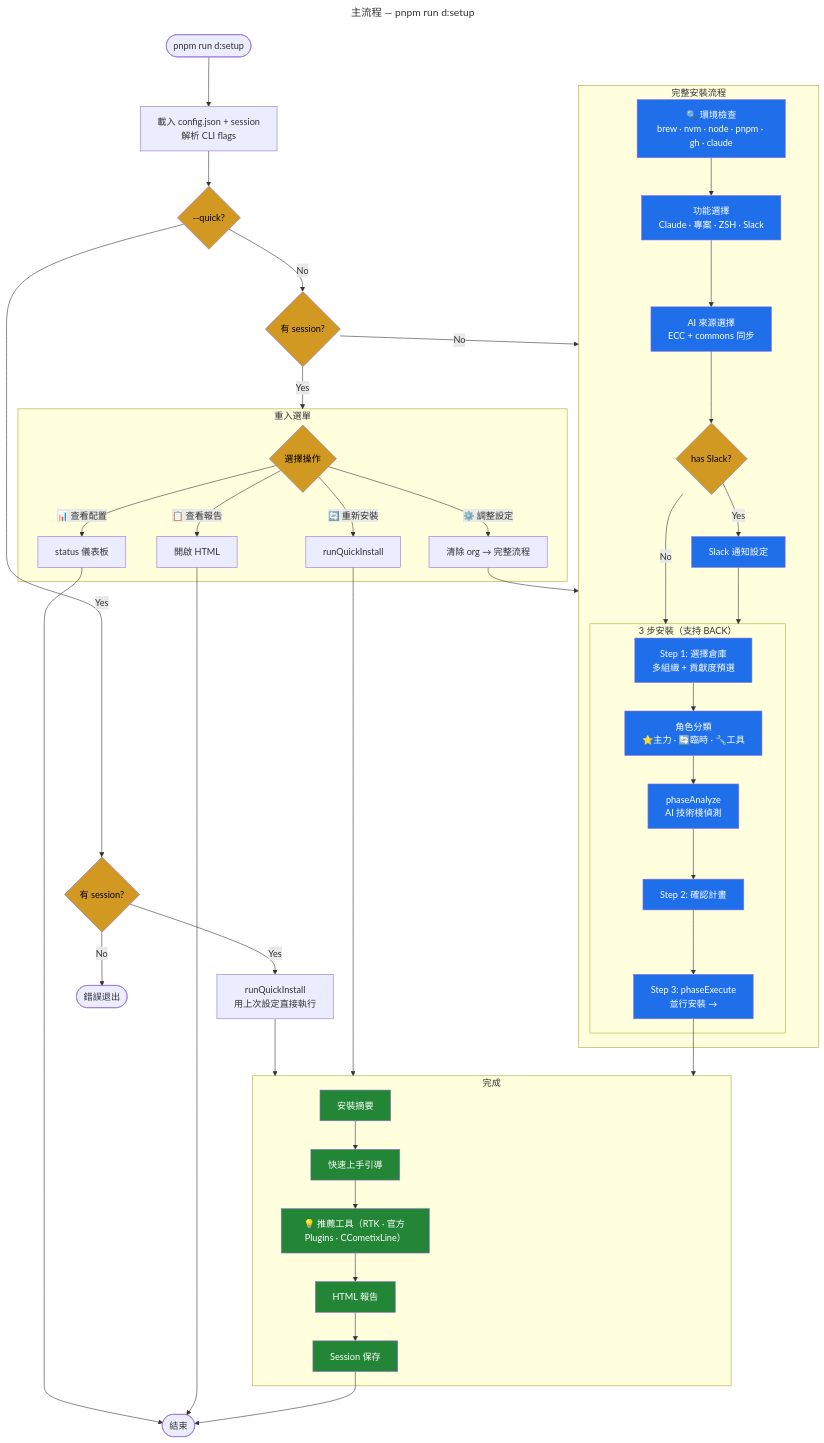
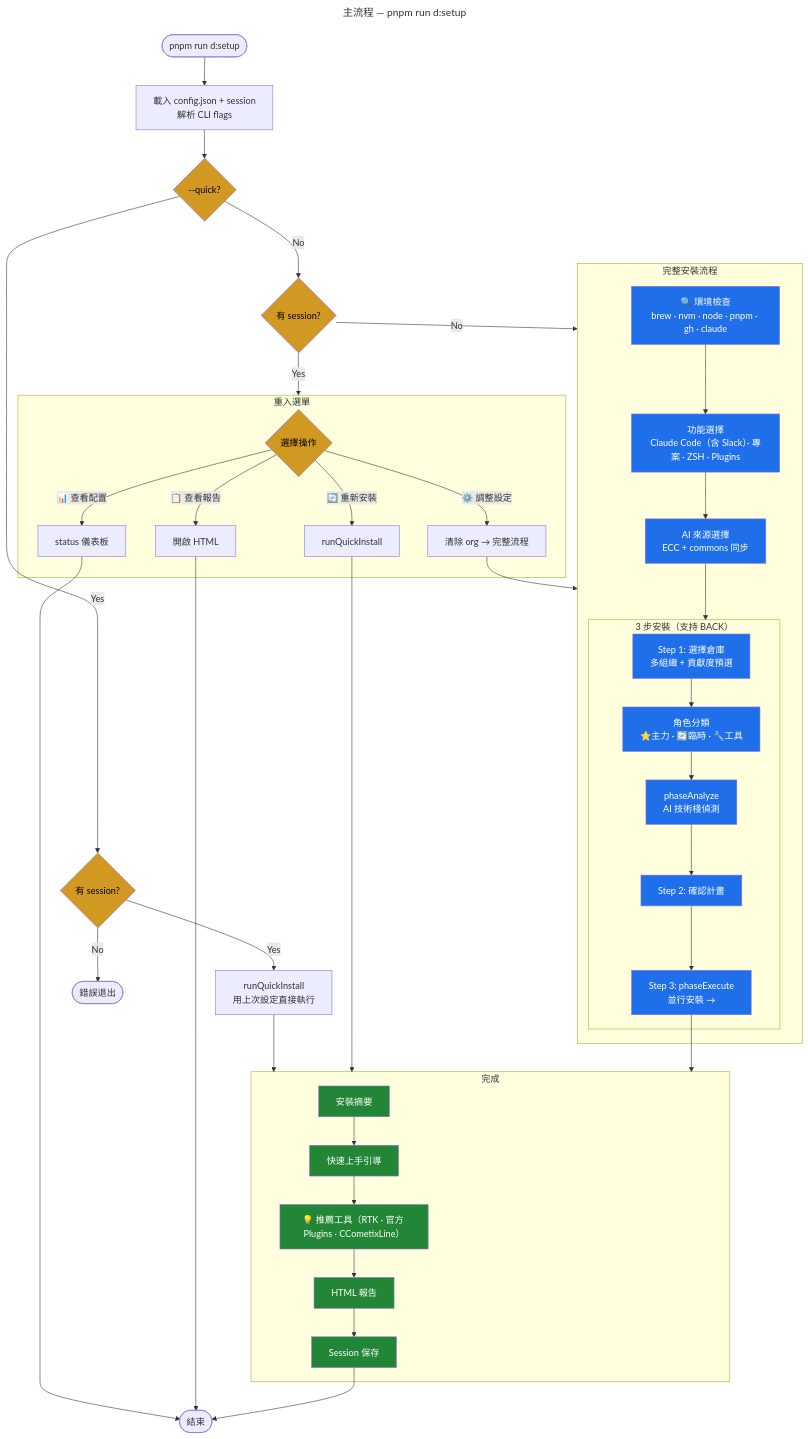
Before and after one commit to AlvinBian/ab-tao: the diagram in apps/dotfiles/docs/flows/setup-main.mmd, drawn with Mermaid. The commit also changed 2 other files, not shown here.

Commit message:
docs(dotfiles): 更新 feature-map / setup-main / phase-execute 流程圖
- feature-map：移除獨立 Slack 子圖，合併為 Claude Code 的可略過子步驟
- setup-main：移除 has Slack? 分支節點，更新功能選擇說明
- phase-execute：移除 ab-slack-message.plugin，更新全局配置描述

```diff
--- a/apps/dotfiles/docs/flows/setup-main.mmd
+++ b/apps/dotfiles/docs/flows/setup-main.mmd
@@ -1,74 +1,71 @@
 ---
 title: 主流程 — pnpm run d:setup
 description: 入口分支 → 功能選擇 → 3 步安裝 → 完成
 links:
   - phase-execute: 安裝執行
   - env-check: 環境檢查
 ---
 flowchart TD
     Start(["pnpm run d:setup"]) --> Init["載入 config.json + session<br/>解析 CLI flags"]
 
     Init --> QuickCheck{"--quick?"}
 
     %% ── 快速重裝 ──
     QuickCheck -->|Yes| QSession{"有 session?"}
     QSession -->|No| QError([錯誤退出])
     QSession -->|Yes| QRun["runQuickInstall<br/>用上次設定直接執行"]
     QRun --> Complete
 
     %% ── 有 session 重入 ──
     QuickCheck -->|No| PrevCheck{"有 session?"}
     PrevCheck -->|No| Fresh
     PrevCheck -->|Yes| Reentry
 
     subgraph Reentry ["重入選單"]
         RMenu{"選擇操作"}
         RMenu -->|"🔄 重新安裝"| RQuick["runQuickInstall"]
         RMenu -->|"⚙️ 調整設定"| RAdjust["清除 org → 完整流程"]
         RMenu -->|"📊 查看配置"| RStatus["status 儀表板"]
         RMenu -->|"📋 查看報告"| RReport["開啟 HTML"]
     end
 
     RQuick --> Complete
     RAdjust --> Fresh
     RStatus --> End([結束])
     RReport --> End
 
     %% ── 完整安裝 ──
     subgraph Fresh ["完整安裝流程"]
         F1["🔍 環境檢查<br/>brew · nvm · node · pnpm · gh · claude"]
-        F1 --> F2["功能選擇<br/>Claude · 專案 · ZSH · Slack"]
+        F1 --> F2["功能選擇<br/>Claude Code（含 Slack）· 專案 · ZSH · Plugins"]
         F2 --> F3["AI 來源選擇<br/>ECC + commons 同步"]
-        F3 --> F4{"has Slack?"}
-        F4 -->|Yes| F5["Slack 通知設定"]
-        F4 -->|No| Loop
-        F5 --> Loop
+        F3 --> Loop
     end
 
     subgraph Loop ["3 步安裝（支持 BACK）"]
         L1["Step 1: 選擇倉庫<br/>多組織 + 貢獻度預選"]
         L1 --> L2["角色分類<br/>⭐主力 · 🔄臨時 · 🔧工具"]
         L2 --> L3["phaseAnalyze<br/>AI 技術棧偵測"]
         L3 --> L4["Step 2: 確認計畫"]
         L4 --> L5["Step 3: phaseExecute<br/>並行安裝 →"]
     end
 
     L5 --> Complete
 
     subgraph Complete ["完成"]
         C1["安裝摘要"]
         C1 --> C2["快速上手引導"]
         C2 --> C3["💡 推薦工具（RTK · 官方 Plugins · CCometixLine）"]
         C3 --> C4["HTML 報告"]
         C4 --> C5["Session 保存"]
     end
 
     C5 --> End
 
     classDef decision fill:#d29922,color:#000
     classDef action fill:#1f6feb,color:#fff
     classDef success fill:#238636,color:#fff
 
-    class QuickCheck,PrevCheck,QSession,F4,RMenu decision
-    class F1,F2,F3,F5,L1,L2,L3,L4,L5 action
+    class QuickCheck,PrevCheck,QSession,RMenu decision
+    class F1,F2,F3,L1,L2,L3,L4,L5 action
     class C1,C2,C3,C4,C5 success
```
